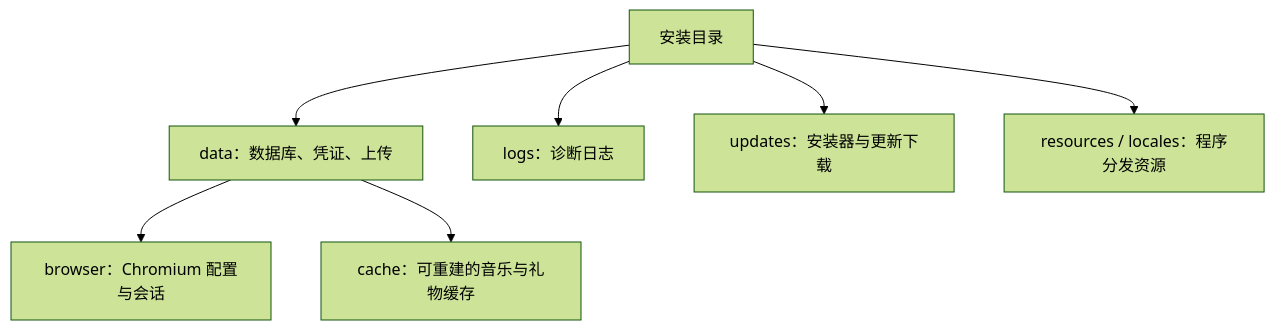
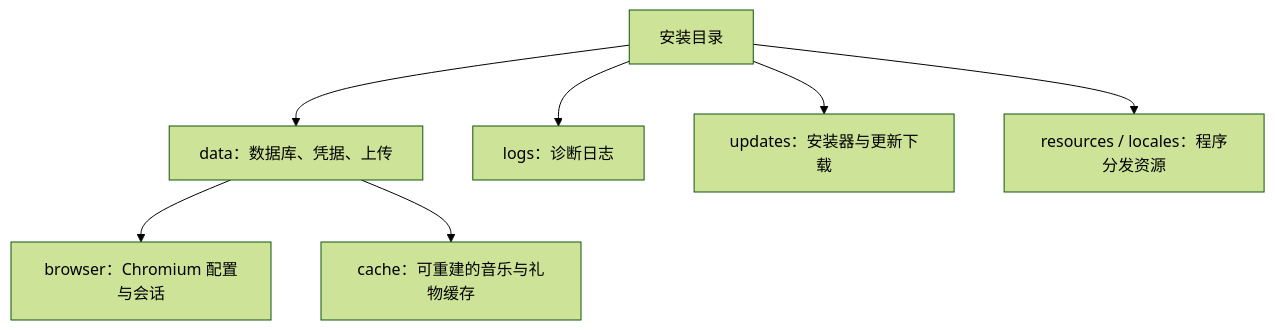
Before and after one commit to AuroraWhisperer/LIRA: the diagram in docs/architecture/adr/0016-separated-client-data-lifecycles.md, drawn with Mermaid (forest theme). The commit also changed other lines of this file and 959 other files, not shown here.

````diff
--- a/docs/architecture/adr/0016-separated-client-data-lifecycles.md
+++ b/docs/architecture/adr/0016-separated-client-data-lifecycles.md
@@ -23,9 +25,9 @@
 ```mermaid
 flowchart TD
-  install[安装目录] --> durable[data：数据库、凭证、上传]
+  install[安装目录] --> durable[data：数据库、凭据、上传]
   durable --> browser[browser：Chromium 配置与会话]
   durable --> cache[cache：可重建的音乐与礼物缓存]
   install --> logs[logs：诊断日志]
   install --> updates[updates：安装器与更新下载]
   install --> program[resources / locales：程序分发资源]
 ```
````
